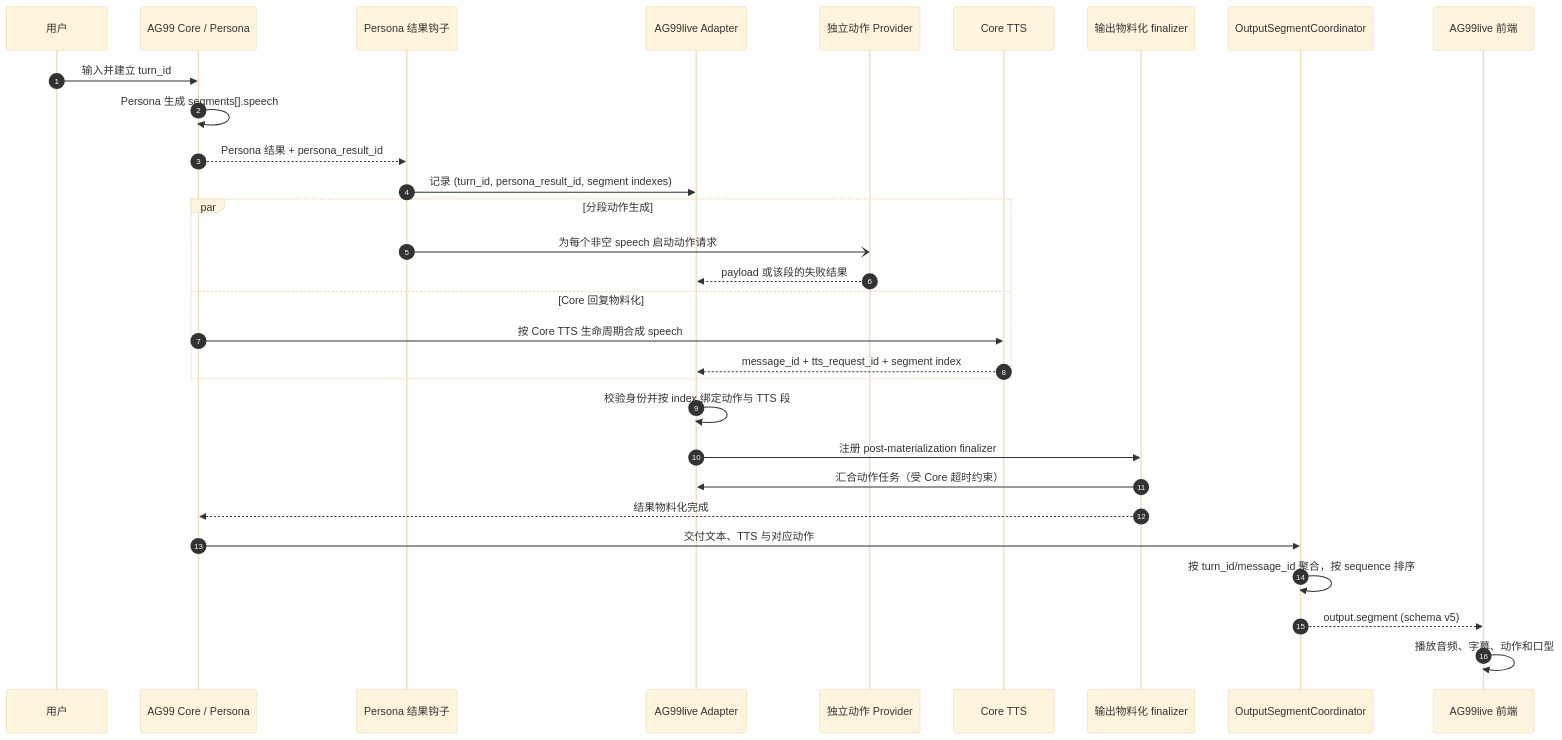
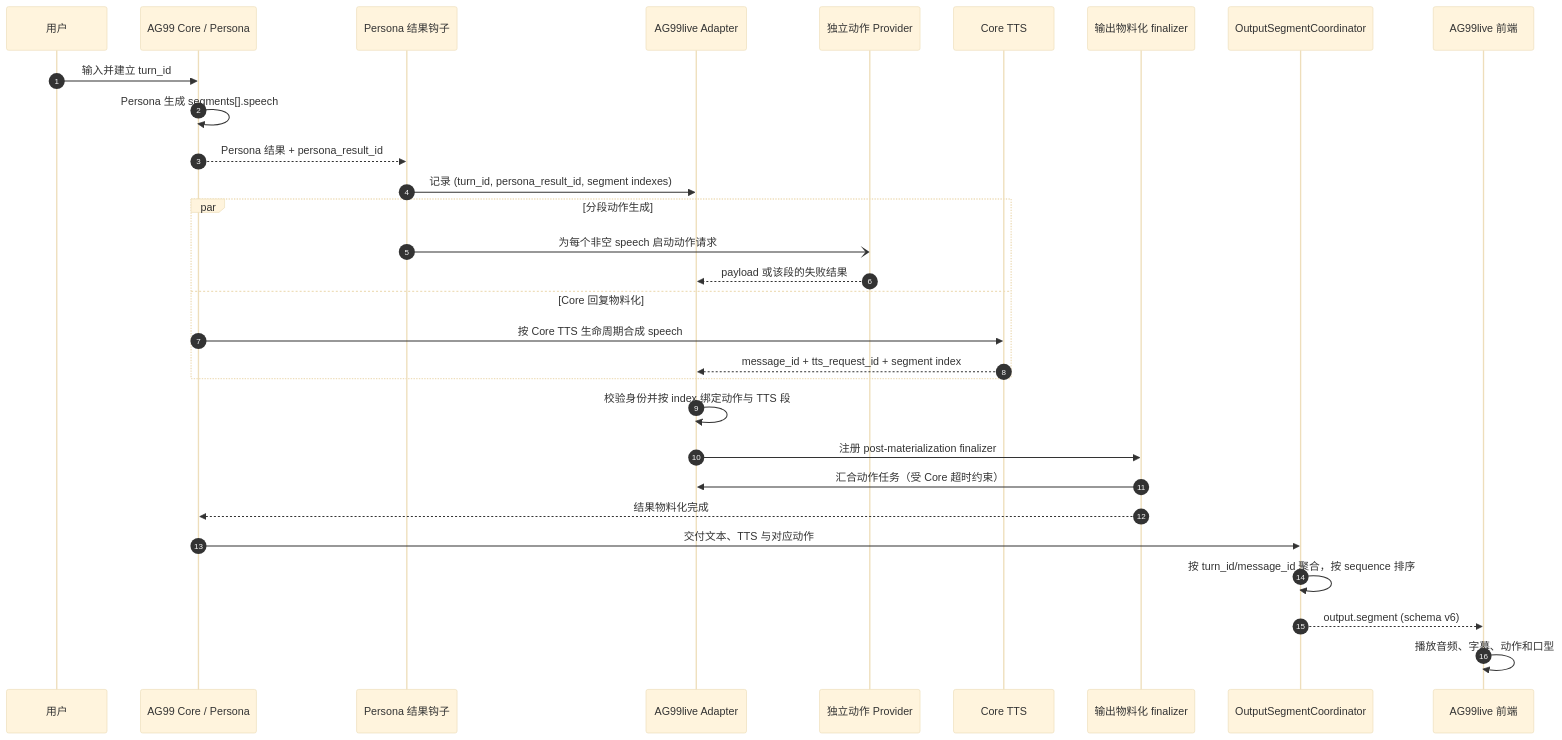
The diagram in docs/04-流程图与分析图/18-Persona分段动作关联时序图.mmd (murphys7017/AG99live), drawn with Mermaid (base theme) before and after one commit. The commit also changed 31 other files, not shown here.

```diff
--- a/docs/04-流程图与分析图/18-Persona分段动作关联时序图.mmd
+++ b/docs/04-流程图与分析图/18-Persona分段动作关联时序图.mmd
@@ -1,31 +1,31 @@
 sequenceDiagram
     autonumber
     participant U as 用户
     participant Core as AG99 Core / Persona
     participant Hook as Persona 结果钩子
     participant Adapter as AG99live Adapter
     participant Motion as 独立动作 Provider
     participant TTS as Core TTS
     participant Finalizer as 输出物料化 finalizer
     participant Segments as OutputSegmentCoordinator
     participant Frontend as AG99live 前端
 
     U->>Core: 输入并建立 turn_id
     Core->>Core: Persona 生成 segments[].speech
     Core-->>Hook: Persona 结果 + persona_result_id
     Hook->>Adapter: 记录 (turn_id, persona_result_id, segment indexes)
     par 分段动作生成
         Hook-)Motion: 为每个非空 speech 启动动作请求
         Motion-->>Adapter: payload 或该段的失败结果
     and Core 回复物料化
         Core->>TTS: 按 Core TTS 生命周期合成 speech
         TTS-->>Adapter: message_id + tts_request_id + segment index
     end
     Adapter->>Adapter: 校验身份并按 index 绑定动作与 TTS 段
     Adapter->>Finalizer: 注册 post-materialization finalizer
     Finalizer->>Adapter: 汇合动作任务（受 Core 超时约束）
     Finalizer-->>Core: 结果物料化完成
     Core->>Segments: 交付文本、TTS 与对应动作
     Segments->>Segments: 按 turn_id/message_id 聚合，按 sequence 排序
-    Segments-->>Frontend: output.segment (schema v5)
+    Segments-->>Frontend: output.segment (schema v6)
     Frontend->>Frontend: 播放音频、字幕、动作和口型
```
